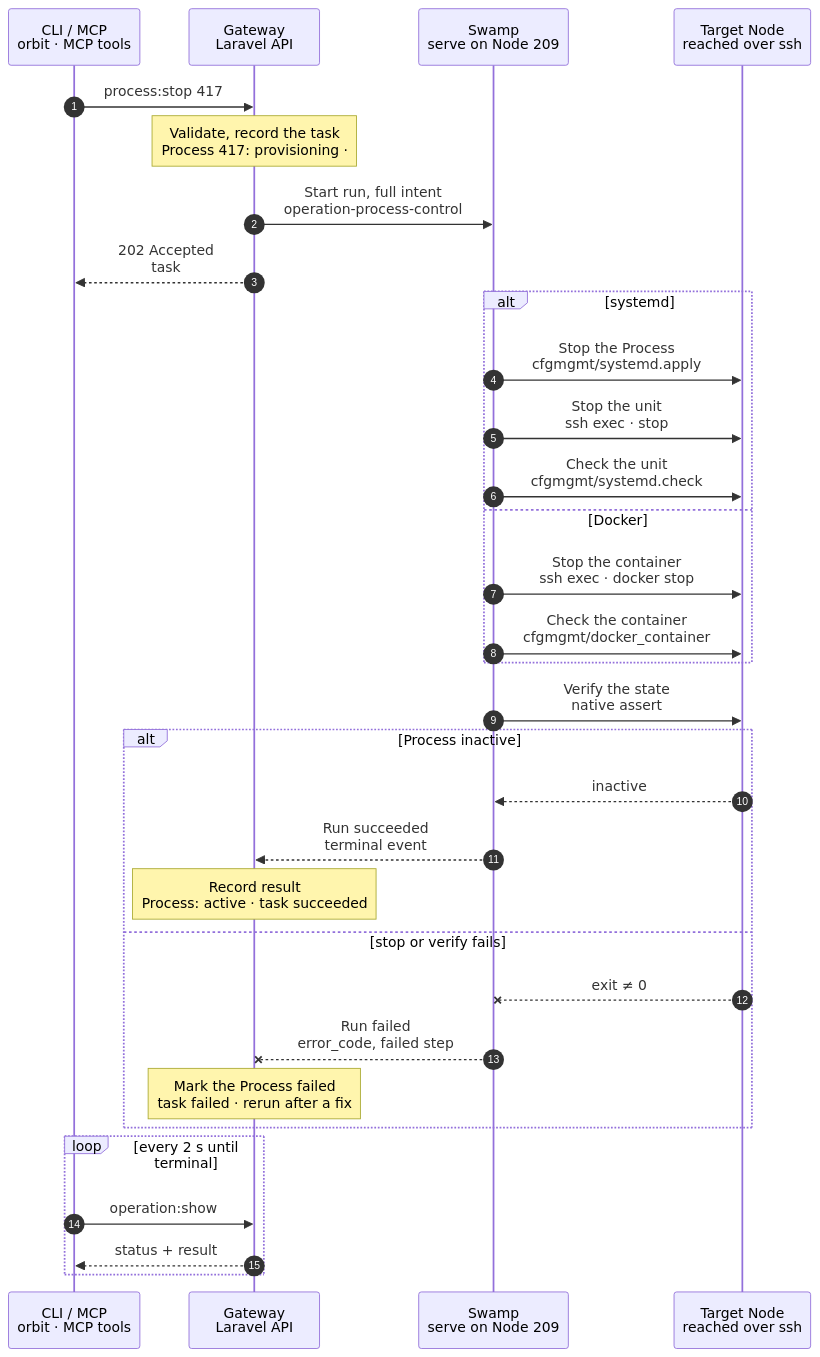
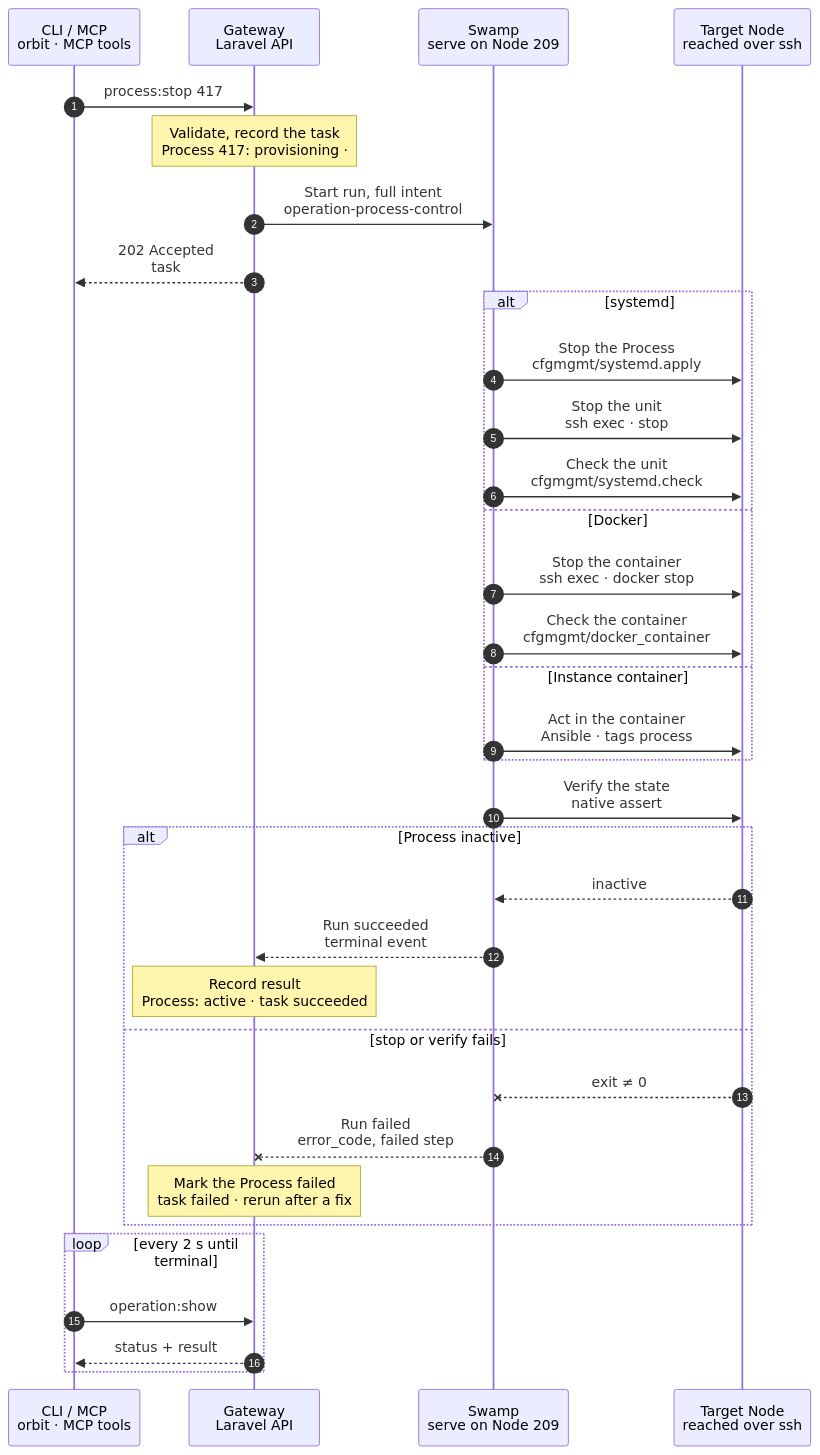
One commit to hardimpactdev/orbit changed the diagram in docs/cli/process/stop.mmd. Above: the diagram before and after it, drawn with Mermaid. The commit also changed 59 other files, not shown here.

First line of the commit message:
Run a Project's development Processes in its Instance containers (PR 4b), on top of PR 5

```diff
--- a/docs/cli/process/stop.mmd
+++ b/docs/cli/process/stop.mmd
@@ -1,94 +1,99 @@
 sequenceDiagram
   %% Target design: ADR 0244 task, DECISIONS 4 + R1-R4 (process.stop shape: 209, @swamp/ssh, full intent as inputs).
   %% Tightened: flow-tighten 2026-11-02, rules 1-22 (one cfgmgmt systemd apply, its check as the end check, no shipped scripts; rule 21: only this command's branches).
   %% Rule 23: 2026-11-03 required-only main path.
   %% status: migrated
   %% command: process:stop
   %% kind: process.stop
   autonumber
   %% lane CLI icon=terminal pill=caller tone=gray
   %% lane GW icon=gateway pill=intent tone=blue
   %% lane SW icon=workflow pill=executes tone=green
   %% lane N icon=server pill=target tone=amber
   participant CLI as CLI / MCP<br/>orbit · MCP tools
   participant GW as Gateway<br/>Laravel API
   participant SW as Swamp<br/>serve on Node 209
   participant N as Target Node<br/>reached over ssh
   CLI->>GW: process:stop 417
   %%> Command:
   %%> - `orbit process:stop 417`
   %%> - syntax: `process:stop <process> [--idempotency-key=KEY] [--json]`
   %%> Input:
   %%> - the numeric Process ID from `process:list`
   %%> Optional:
   %%> - `--idempotency-key` reuses a task start; `--json` returns JSON; neither adds a step
   %%> Who can call it:
   %%> - the `orbit` CLI and the MCP tool send the same request
   Note over GW: Validate, record the task<br/>Process 417: provisioning · #5130
   %%> Requirements:
   %%> - your Node has an access grant to the Node that runs Process 417
   %%> - Process 417 exists and is not being removed
   %%> - a production Process's release is checked against the recorded releases, not on the Node
   %%> Result:
   %%> - task #5130 recorded with the full intent: unit or container name, runtime, on-demand flag, Vite plan
   %%> - Process 417 marked provisioning; its desired state does not change yet
   %%> - nothing has happened on the Node yet
   GW->>SW: Start run, full intent<br/>operation-process-control
   %%> What it does:
   %%> - starts one Swamp run on serve (Node 209); every step runs there
   %%> Inputs:
   %%> - `kind`: process.stop
   %%> - the Process unit or container name, runtime and on-demand flag
   %%> - the Node's address and SSH host keys; the SSH identity comes from the `swamp` role
   %%> Checked by the input schema:
   %%> - no step reads or re-checks the intent
   GW-->>CLI: 202 Accepted<br/>task #5130
   %%> What you get:
   %%> - the task number, at once
   %%> Next:
   %%> - the CLI follows the task with `operation:show`
   alt systemd
     SW->>N: Stop the Process<br/>cfgmgmt/systemd.apply
     SW->>N: Stop the unit<br/>ssh exec · stop
     %%> Also cancels an activating unit, which pinned apply does not stop.
     SW->>N: Check the unit<br/>cfgmgmt/systemd.check
   else Docker
     SW->>N: Stop the container<br/>ssh exec · docker stop
     SW->>N: Check the container<br/>cfgmgmt/docker_container
+  else Instance container
+    SW->>N: Act in the container<br/>Ansible · tags process
+    %%> What it does:
+    %%> - the Process is an `orbit` unit in its Instance container; the child run `operation-process-container` changes it through `incus exec` on the Node and checks its state
+    %%> - a stopped container fails the change; its next deployment starts it
   end
   SW->>N: Verify the state<br/>native assert
   %%> The pinned checks report compliance; native assert fails the run on drift.
   alt Process inactive
     N-->>SW: inactive
     %%> Returns:
     %%> - the Process is inactive
     SW-->>GW: Run succeeded<br/>terminal event
     %%> How the Gateway learns it:
     %%> - its shared run reader sees the terminal event and reads the end check's output; Swamp never calls the Gateway
     Note over GW: Record result<br/>Process: active · task succeeded
     %%> Result:
     %%> - Process 417 desired state becomes stopped; its status becomes active
     %%> - task #5130 succeeds with the observed state
   else stop or verify fails
     N--xSW: exit ≠ 0
     %%> When:
     %%> - SSH fails, the unit is missing, or the state does not match
     %%> How:
     %%> - the failing step ends the run with its own exit code; there is no report step
     SW--xGW: Run failed<br/>error_code, failed step
     %%> The Gateway reads:
     %%> - which step failed and its exit code, mapped to `error_code`
     Note over GW: Mark the Process failed<br/>task failed · rerun after a fix
     %%> Result:
     %%> - Process 417 is marked failed with the error code; its desired state does not change
     %%> - task #5130 fails
     %%> - there is no rollback and nothing to clean up; run the same command again after fixing the cause
   end
   loop every 2 s until terminal
     CLI->>GW: operation:show #5130
     %%> What it does:
     %%> - asks for the task status every 2 seconds until it has ended
     GW-->>CLI: status + result
     %%> Returns:
     %%> - the current status, and the result once the task has ended
   end
```
